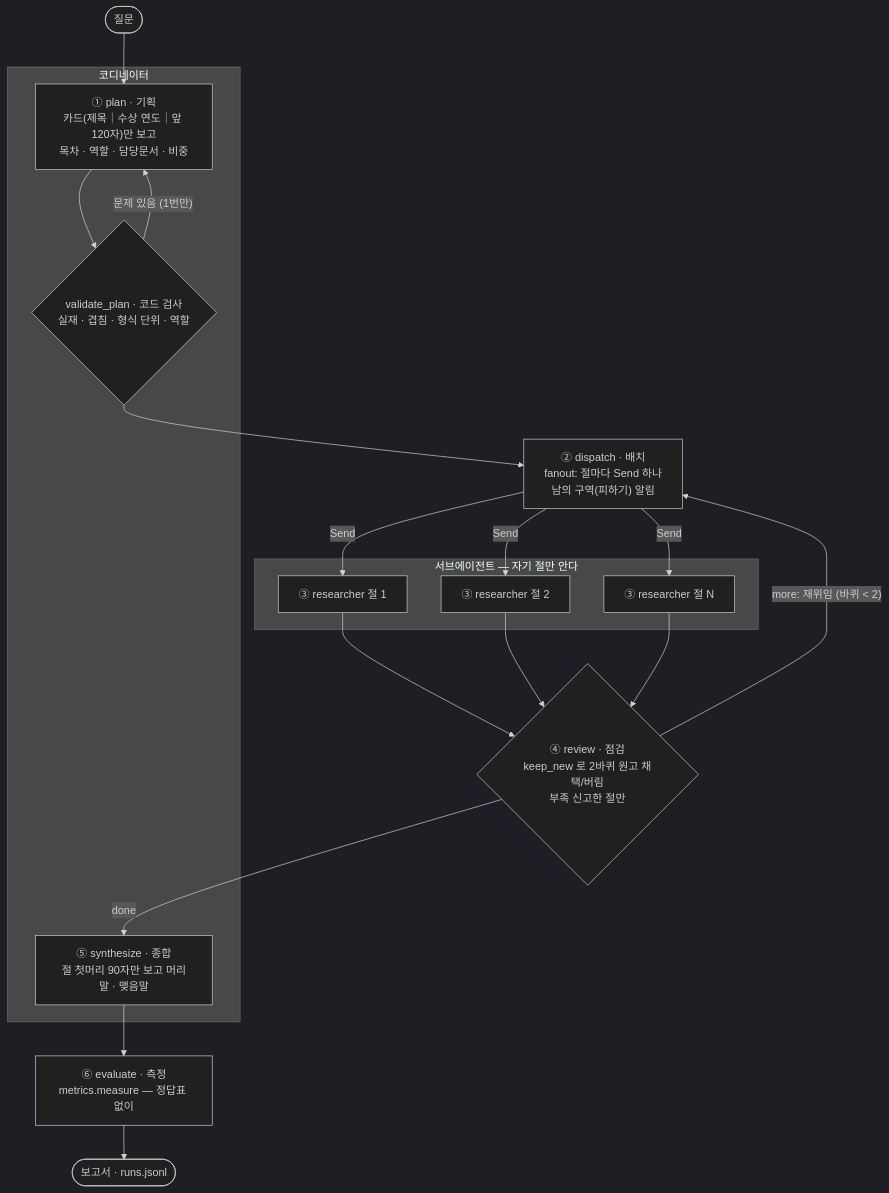
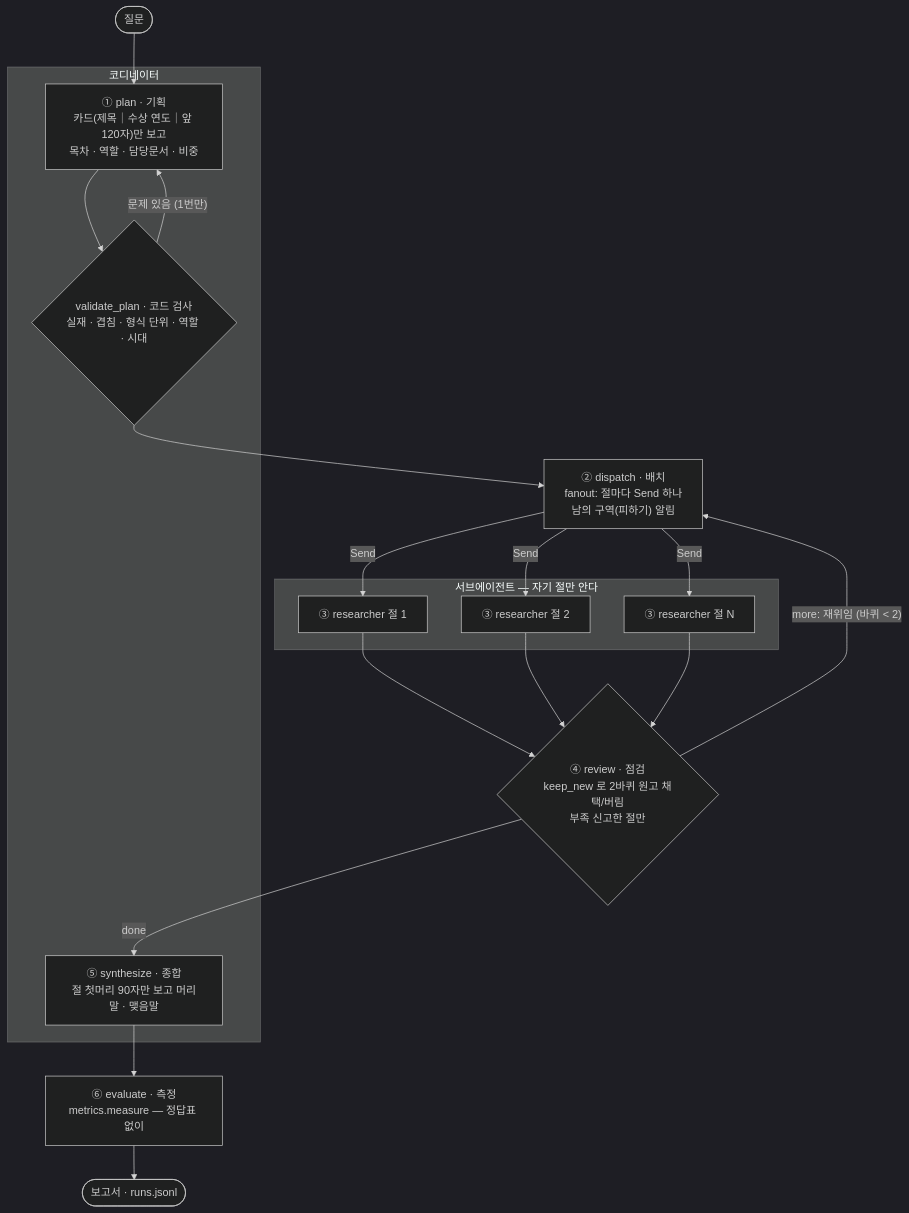
One commit to hey-byeunya/my-deep-researcher changed the diagram in REPORT.md. Above: the diagram before and after it, drawn with Mermaid (dark theme). The commit also changed other lines of this file and 7 other files, not shown here.

````diff
--- a/REPORT.md
+++ b/REPORT.md
@@ -128,28 +135,28 @@
 ```mermaid
 flowchart TD
     START([질문]) --> plan
     subgraph 코디네이터
         plan["① plan · 기획<br/>카드(제목｜수상 연도｜앞 120자)만 보고<br/>목차 · 역할 · 담당문서 · 비중"]
-        check{"validate_plan · 코드 검사<br/>실재 · 겹침 · 형식 단위 · 역할"}
+        check{"validate_plan · 코드 검사<br/>실재 · 겹침 · 형식 단위 · 역할 · 시대"}
         synth["⑤ synthesize · 종합<br/>절 첫머리 90자만 보고 머리말 · 맺음말"]
     end
     plan --> check
     check -- "문제 있음 (1번만)" --> plan
     check --> dispatch["② dispatch · 배치<br/>fanout: 절마다 Send 하나<br/>남의 구역(피하기) 알림"]
     dispatch -->|Send| r1["③ researcher 절 1"]
     dispatch -->|Send| r2["③ researcher 절 2"]
     dispatch -->|Send| rn["③ researcher 절 N"]
     subgraph 서브에이전트["서브에이전트 — 자기 절만 안다"]
         r1
         r2
         rn
     end
     r1 --> review
     r2 --> review
     rn --> review
     review{"④ review · 점검<br/>keep_new 로 2바퀴 원고 채택/버림<br/>부족 신고한 절만"}
     review -- "more: 재위임 (바퀴 < 2)" --> dispatch
     review -- done --> synth
     synth --> evaluate["⑥ evaluate · 측정<br/>metrics.measure — 정답표 없이"]
     evaluate --> END([보고서 · runs.jsonl])
 ```
````
